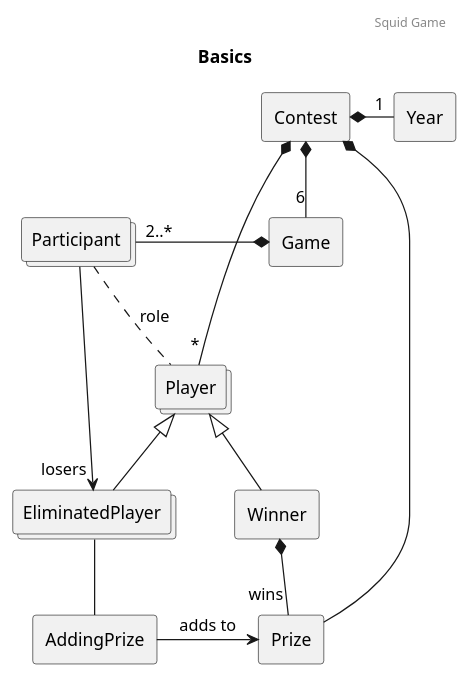
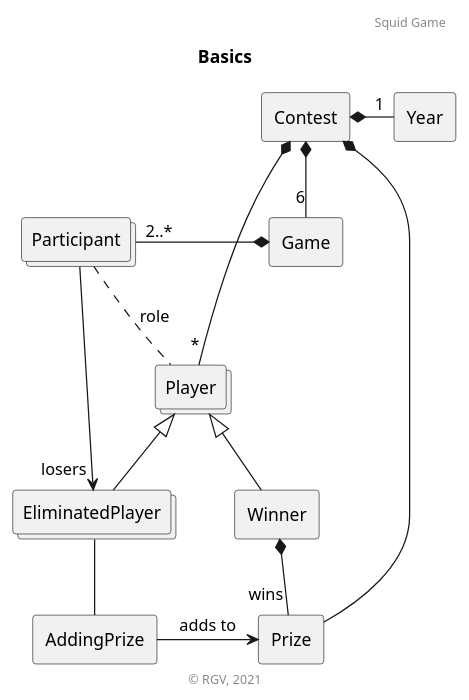
The diagram in SquidGame/SquidGameContest.puml (RicardoGuzmanVelasco/DomainModelling), drawn with PlantUML before and after one commit. The commit also changed 8 other files, not shown here.

```diff
--- a/SquidGame/SquidGameContest.puml
+++ b/SquidGame/SquidGameContest.puml
@@ -1,43 +1,44 @@
 @startuml
 'https://plantuml.com/class-diagram
-
 title Basics
 header Squid Game
 
 rectangle Contest
 rectangle Year
 
 rectangle Game
 
 collections Player
 rectangle Winner
 collections EliminatedPlayer
 
 rectangle Prize
 rectangle AddingPrize
 
 collections Participant
 
 ''''''''''''''''''''''''''''
 
 Contest *- "1" Year
 Contest *-- "*" Player
 
 Contest *-- "6" Game
 
 EliminatedPlayer -u-|> Player
 Winner -u-|> Player
 
 Participant .. Player : role
 
 Game *- "2..*" Participant
 Participant --> "losers" EliminatedPlayer
 
 
 Contest *-- Prize
 Winner *-- "wins" Prize
 
 EliminatedPlayer -- AddingPrize
 AddingPrize -> Prize : adds to
 
+'''''''''''''
+footer © RGV, 2021
 @enduml
```
